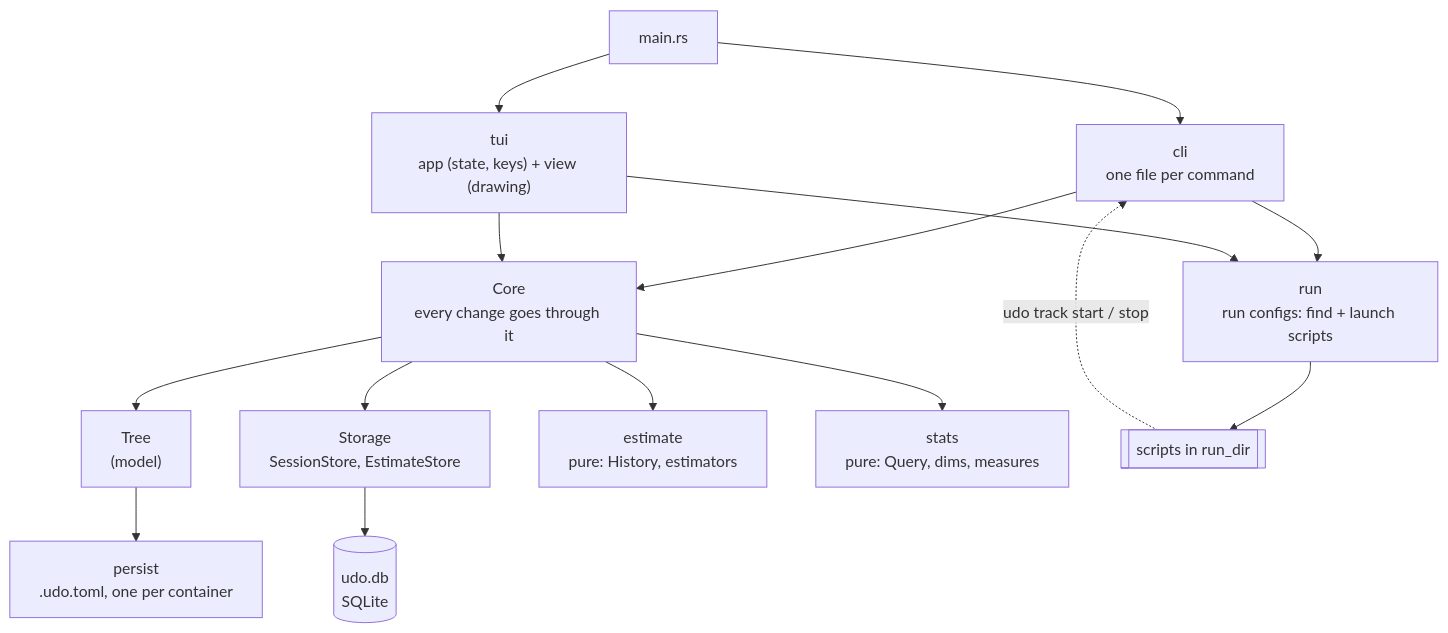
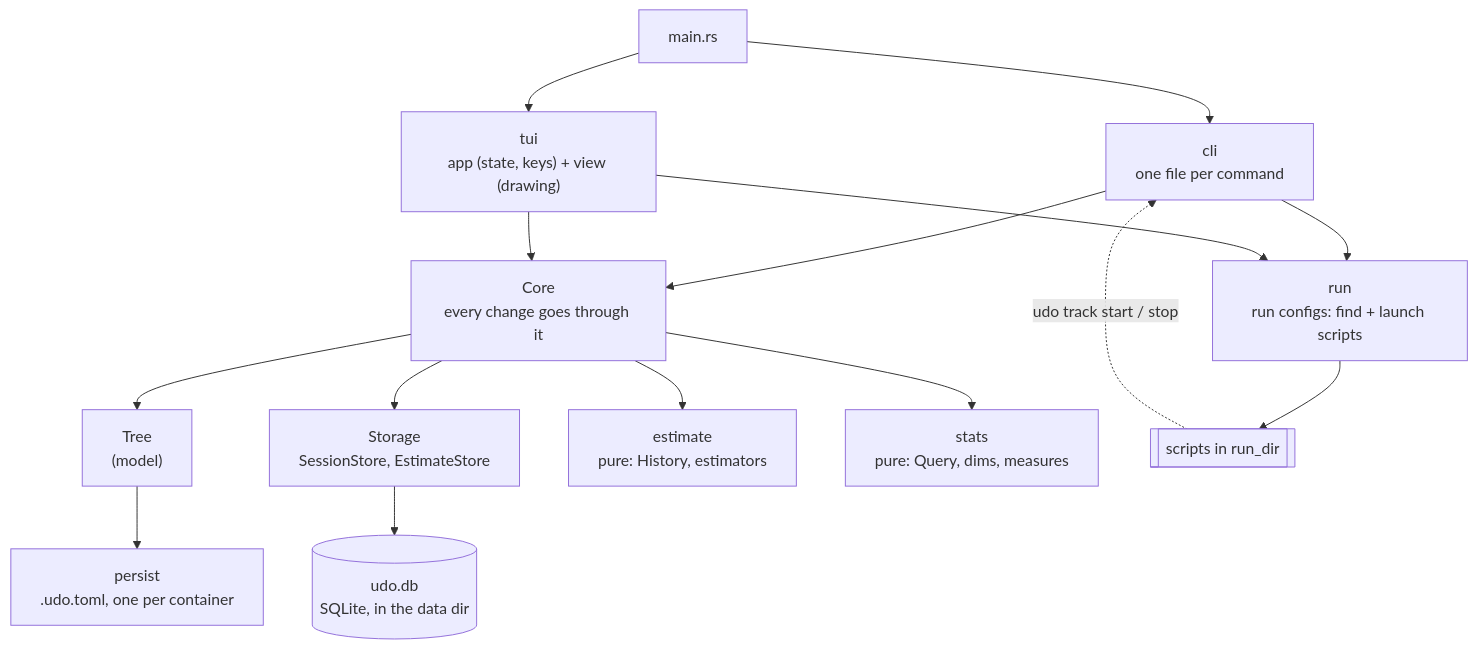
The diagram in docs/architecture/README.md (jqyDee/udo), drawn with Mermaid before and after one commit. The commit also changed other lines of this file and 6 other files, not shown here.

Commit message:
docs: config root vs data dir (#93)

````diff
--- a/docs/architecture/README.md
+++ b/docs/architecture/README.md
@@ -17,17 +17,17 @@
 ```mermaid
 flowchart TD
     main["main.rs"] --> cli["cli<br/>one file per command"]
     main --> tui["tui<br/>app (state, keys) + view (drawing)"]
     cli --> core
     tui --> core
     cli --> run
     tui --> run
     core["Core<br/>every change goes through it"] --> tree["Tree<br/>(model)"]
     core --> storage["Storage<br/>SessionStore, EstimateStore"]
     core --> estimate["estimate<br/>pure: History, estimators"]
     core --> stats["stats<br/>pure: Query, dims, measures"]
     tree --> persist["persist<br/>.udo.toml, one per container"]
-    storage --> db[("udo.db<br/>SQLite")]
+    storage --> db[("udo.db<br/>SQLite, in the data dir")]
     run["run<br/>run configs: find + launch scripts"] --> scripts[["scripts in run_dir"]]
     scripts -. "udo track start / stop" .-> cli
 ```
````
